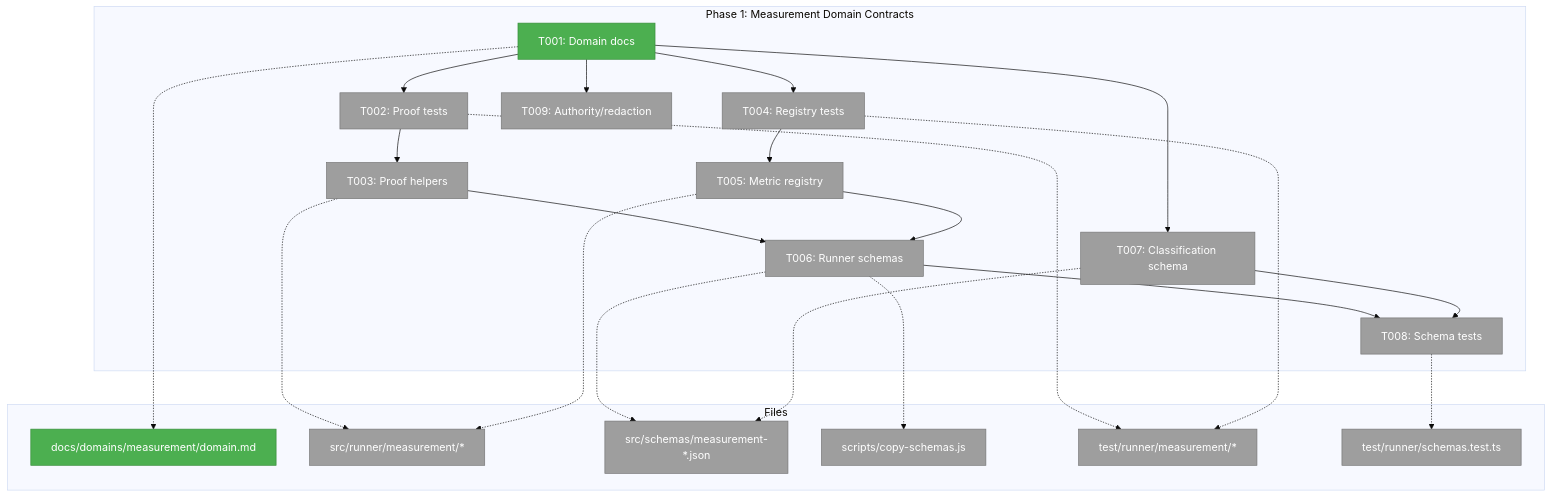
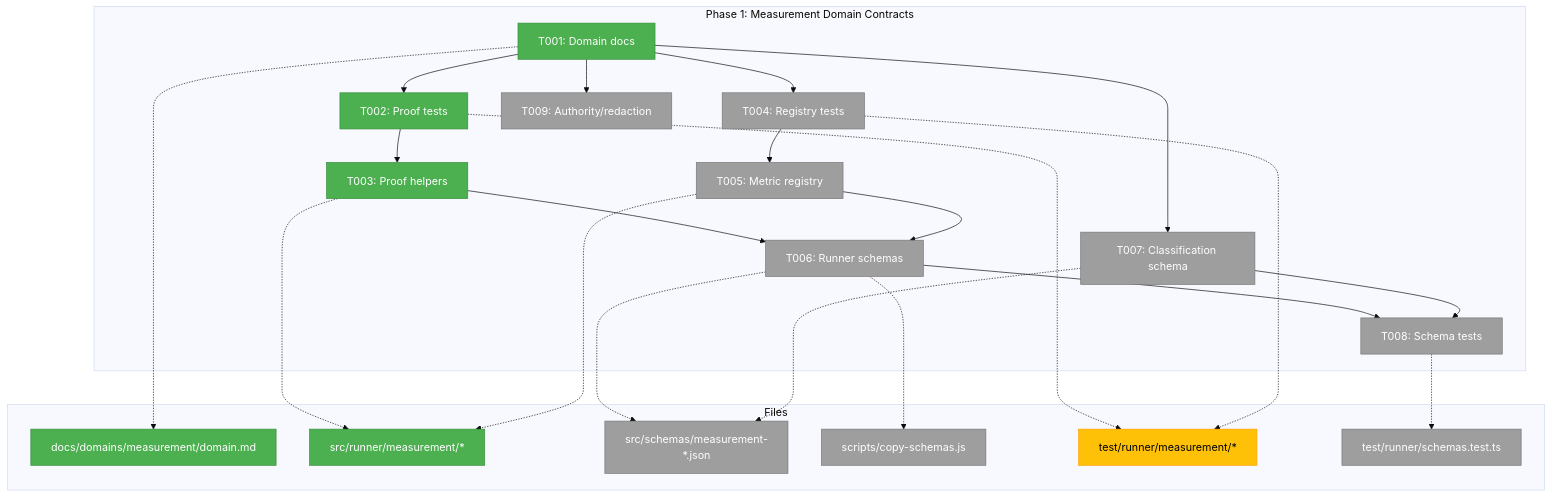
One commit to AI-Substrate/minih changed the first of 3 diagrams in docs/plans/020-minih-harness-measurement/tasks/phase-1-measurement-domain-contracts/tasks.md. Above: the diagram before and after it, drawn with Mermaid (base theme). The commit also changed other lines of this file and 7 other files, not shown here.

Commit message:
feat: add measurement proof contracts

````diff
--- a/docs/plans/020-minih-harness-measurement/tasks/phase-1-measurement-domain-contracts/tasks.md
+++ b/docs/plans/020-minih-harness-measurement/tasks/phase-1-measurement-domain-contracts/tasks.md
@@ -85,43 +85,43 @@
 ```mermaid
 flowchart TD
     classDef pending fill:#9E9E9E,stroke:#757575,color:#fff
     classDef inprogress fill:#FFC107,stroke:#FFA000,color:#000
     classDef completed fill:#4CAF50,stroke:#388E3C,color:#fff
 
     subgraph Phase["Phase 1: Measurement Domain Contracts"]
         T001["T001: Domain docs"]:::completed
-        T002["T002: Proof tests"]:::pending
-        T003["T003: Proof helpers"]:::pending
+        T002["T002: Proof tests"]:::completed
+        T003["T003: Proof helpers"]:::completed
         T004["T004: Registry tests"]:::pending
         T005["T005: Metric registry"]:::pending
         T006["T006: Runner schemas"]:::pending
         T007["T007: Classification schema"]:::pending
         T008["T008: Schema tests"]:::pending
         T009["T009: Authority/redaction"]:::pending
         T001 --> T002 --> T003
         T001 --> T004 --> T005
         T003 --> T006 --> T008
         T005 --> T006
         T001 --> T007 --> T008
         T001 --> T009
     end
 
     subgraph Files["Files"]
         D1["docs/domains/measurement/domain.md"]:::completed
-        R1["src/runner/measurement/*"]:::pending
+        R1["src/runner/measurement/*"]:::completed
         S1["src/schemas/measurement-*.json"]:::pending
         C1["scripts/copy-schemas.js"]:::pending
-        V1["test/runner/measurement/*"]:::pending
+        V1["test/runner/measurement/*"]:::inprogress
         V2["test/runner/schemas.test.ts"]:::pending
     end
 
     T001 -.-> D1
     T003 -.-> R1
     T005 -.-> R1
     T006 -.-> S1
     T006 -.-> C1
     T007 -.-> S1
     T002 -.-> V1
     T004 -.-> V1
     T008 -.-> V2
 ```
````
